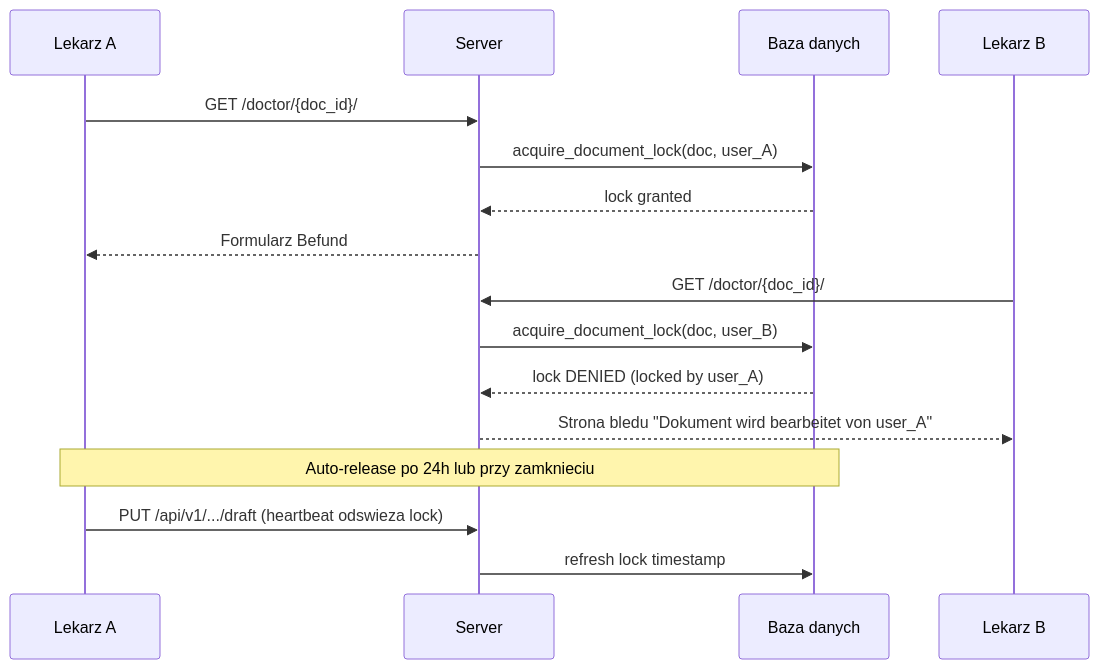
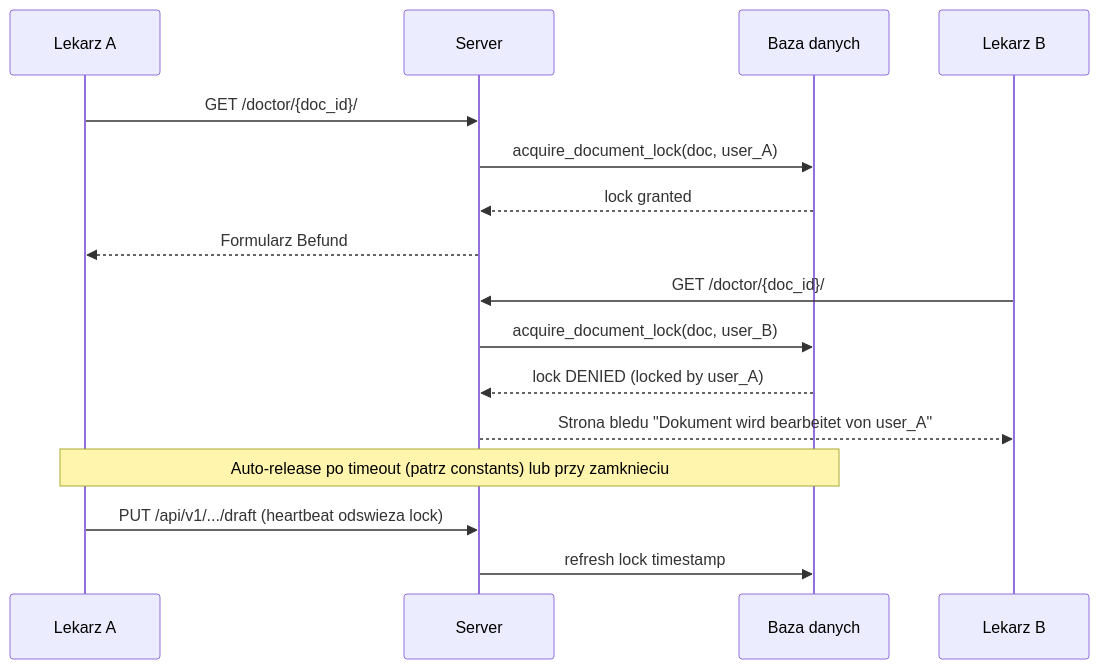
One commit to piotrpopiolek/cogitomedic changed the diagram in .cursor/plans/document_locking_semaphores.plan.md. Above: the diagram before and after it, drawn with Mermaid. The commit also changed other lines of this file and 31 other files, not shown here.

````diff
--- a/.cursor/plans/document_locking_semaphores.plan.md
+++ b/.cursor/plans/document_locking_semaphores.plan.md
@@ -43,21 +43,21 @@
 ```mermaid
 sequenceDiagram
     participant DrA as Lekarz A
     participant Web as Server
     participant DB as Baza danych
     participant DrB as Lekarz B
 
     DrA->>Web: GET /doctor/{doc_id}/
     Web->>DB: acquire_document_lock(doc, user_A)
     DB-->>Web: lock granted
     Web-->>DrA: Formularz Befund
 
     DrB->>Web: GET /doctor/{doc_id}/
     Web->>DB: acquire_document_lock(doc, user_B)
     DB-->>Web: lock DENIED (locked by user_A)
     Web-->>DrB: Strona bledu "Dokument wird bearbeitet von user_A"
 
-    Note over DrA,DB: Auto-release po 24h lub przy zamknieciu
+    Note over DrA,DB: Auto-release po timeout (patrz constants) lub przy zamknieciu
     DrA->>Web: PUT /api/v1/.../draft (heartbeat odswieza lock)
     Web->>DB: refresh lock timestamp
 ```
````
